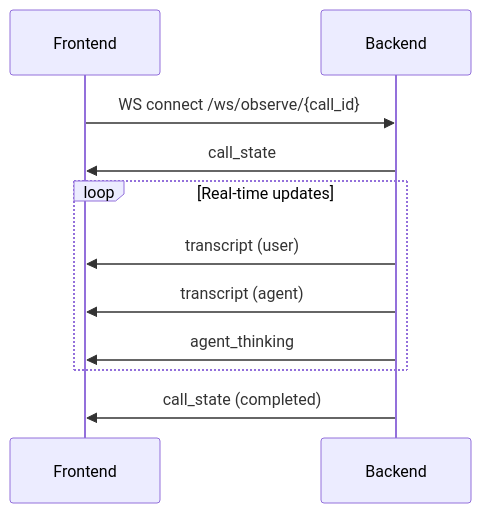
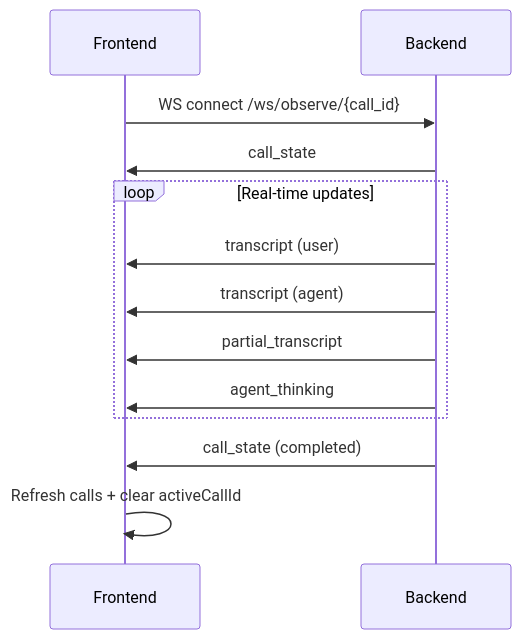
One commit to OceanStar88/Sagent changed the fifth of 15 diagrams in docs/7__Sequence-Interaction-Design.md. Above: the diagram before and after it, drawn with Mermaid. The commit also changed other lines of this file and 181 other files, not shown here.

````diff
--- a/docs/7__Sequence-Interaction-Design.md
+++ b/docs/7__Sequence-Interaction-Design.md
@@ -139,17 +143,19 @@
 ```mermaid
 sequenceDiagram
     participant Frontend
     participant Backend
 
     Frontend->>Backend: WS connect /ws/observe/{call_id}
 
     Backend->>Frontend: call_state
 
     loop Real-time updates
         Backend->>Frontend: transcript (user)
         Backend->>Frontend: transcript (agent)
+        Backend->>Frontend: partial_transcript
         Backend->>Frontend: agent_thinking
     end
 
     Backend->>Frontend: call_state (completed)
+    Frontend->>Frontend: Refresh calls + clear activeCallId
 ```
````
